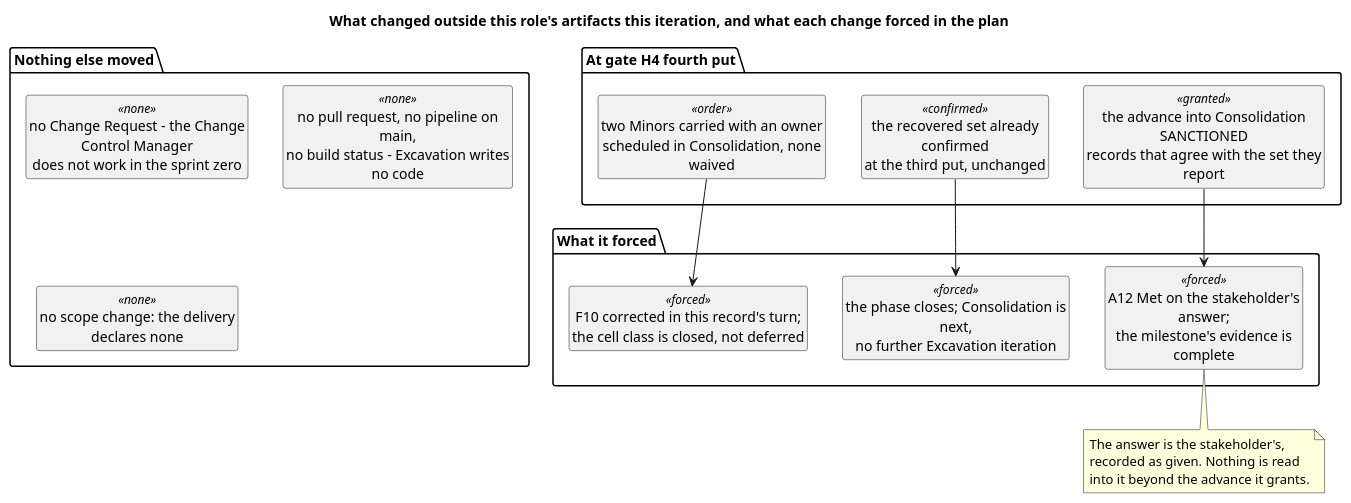
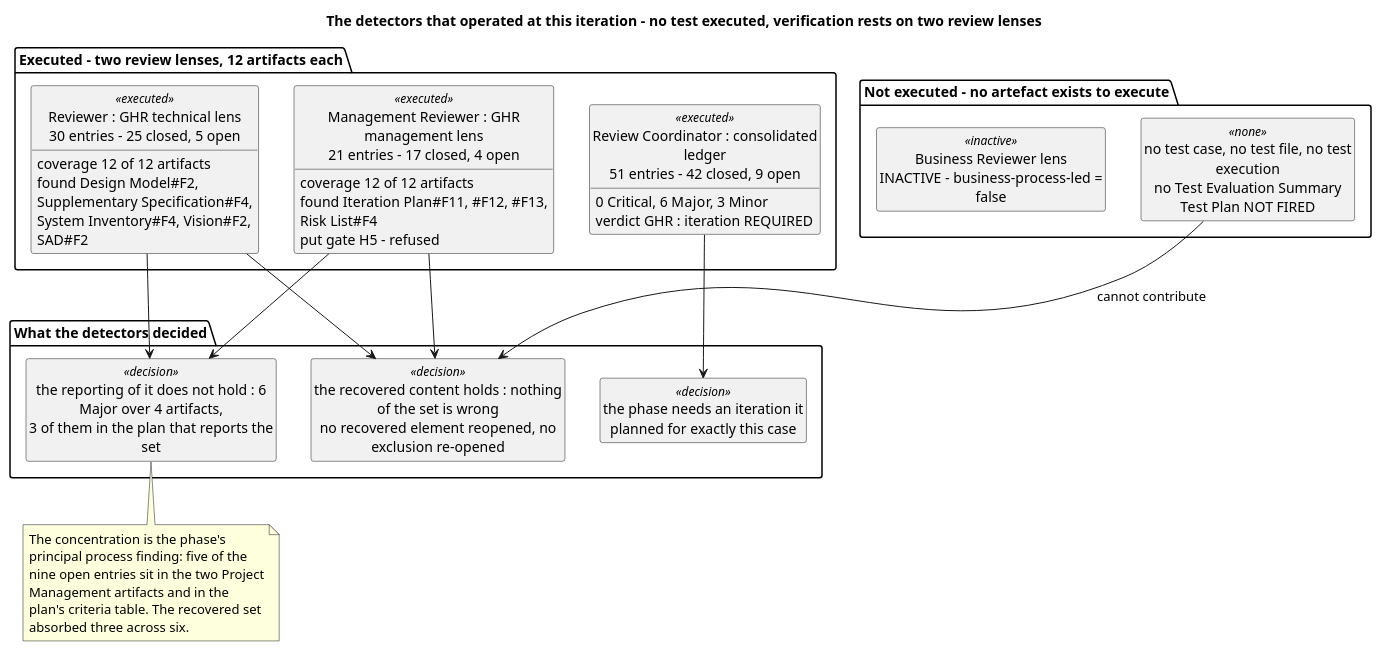
One commit to banense-test/TodoApp changed the fifth of 7 diagrams in docs/artifacts/project-management/iteration-assessment.md. Above: the diagram before and after it, drawn with PlantUML. The commit also changed other lines of this file, not shown here.

First line of the commit message:
Project Manager [Consolidation1]: upsert Iteration Assessment

````diff
--- a/docs/artifacts/project-management/iteration-assessment.md
+++ b/docs/artifacts/project-management/iteration-assessment.md
@@ -275,32 +305,49 @@
 ```plantuml
 @startuml
-title What changed outside this role's artifacts this iteration, and what each change forced in the plan
+title The detectors that operated at this iteration - no test executed, verification rests on two review lenses
 skinparam shadowing false
-skinparam wrapWidth 235
+skinparam wrapWidth 250
 hide circle
 hide empty members
 
-package "At gate H4 fourth put" {
-  class "the advance into Consolidation SANCTIONED\nrecords that agree with the set they report" as S1 <<granted>>
-  class "the recovered set already confirmed\nat the third put, unchanged" as S2 <<confirmed>>
-  class "two Minors carried with an owner\nscheduled in Consolidation, none waived" as S3 <<order>>
+package "Executed - two review lenses, 12 artifacts each" {
+  class "Reviewer : GHR technical lens\n30 entries - 25 closed, 5 open" as L1 <<executed>> {
+    coverage 12 of 12 artifacts
+    found Design Model#F2, Supplementary Specification#F4,
+    System Inventory#F4, Vision#F2, SAD#F2
+  }
+  class "Management Reviewer : GHR management lens\n21 entries - 17 closed, 4 open" as L2 <<executed>> {
+    coverage 12 of 12 artifacts
+    found Iteration Plan#F11, #F12, #F13, Risk List#F4
+    put gate H5 - refused
+  }
+  class "Review Coordinator : consolidated ledger\n51 entries - 42 closed, 9 open" as L3 <<executed>> {
+    0 Critical, 6 Major, 3 Minor
+    verdict GHR : iteration REQUIRED
+  }
 }
-package "What it forced" {
-  class "A12 Met on the stakeholder's answer;\nthe milestone's evidence is complete" as F1 <<forced>>
-  class "the phase closes; Consolidation is next,\nno further Excavation iteration" as F2 <<forced>>
-  class "F10 corrected in this record's turn;\nthe cell class is closed, not deferred" as F3 <<forced>>
+
+package "Not executed - no artefact exists to execute" {
+  class "no test case, no test file, no test execution\nno Test Evaluation Summary\nTest Plan NOT FIRED" as T <<none>>
+  class "Business Reviewer lens\nINACTIVE - business-process-led = false" as B <<inactive>>
 }
-package "Nothing else moved" {
-  class "no Change Request - the Change Control Manager\ndoes not work in the sprint zero" as N1 <<none>>
-  class "no pull request, no pipeline on main,\nno build status - Excavation writes no code" as N2 <<none>>
-  class "no scope change: the delivery declares none" as N3 <<none>>
+
+package "What the detectors decided" {
+  class "the recovered content holds : nothing of the set is wrong\nno recovered element reopened, no exclusion re-opened" as D1 <<decision>>
+  class "the reporting of it does not hold : 6 Major over 4 artifacts,\n3 of them in the plan that reports the set" as D2 <<decision>>
+  class "the phase needs an iteration it planned for exactly this case" as D3 <<decision>>
 }
-S1 --> F1
-S2 --> F2
-S3 --> F3
-note bottom of F1
-  The answer is the stakeholder's, recorded as given. Nothing is read
-  into it beyond the advance it grants.
+
+L1 --> D1
+L2 --> D1
+L1 --> D2
+L2 --> D2
+L3 --> D3
+T --> D1 : cannot contribute
+note bottom of D2
+  The concentration is the phase's principal process finding: five of the
+  nine open entries sit in the two Project Management artifacts and in the
+  plan's criteria table. The recovered set absorbed three across six.
 end note
 @enduml
 ```
````
